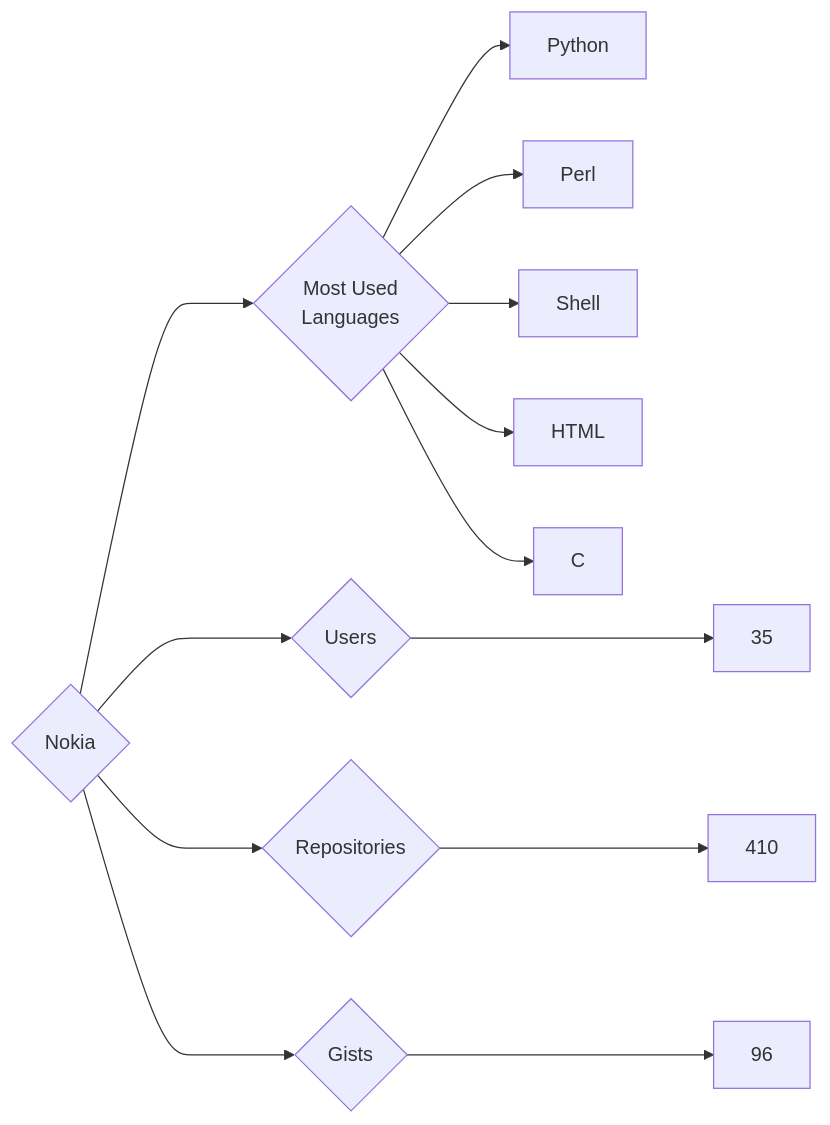
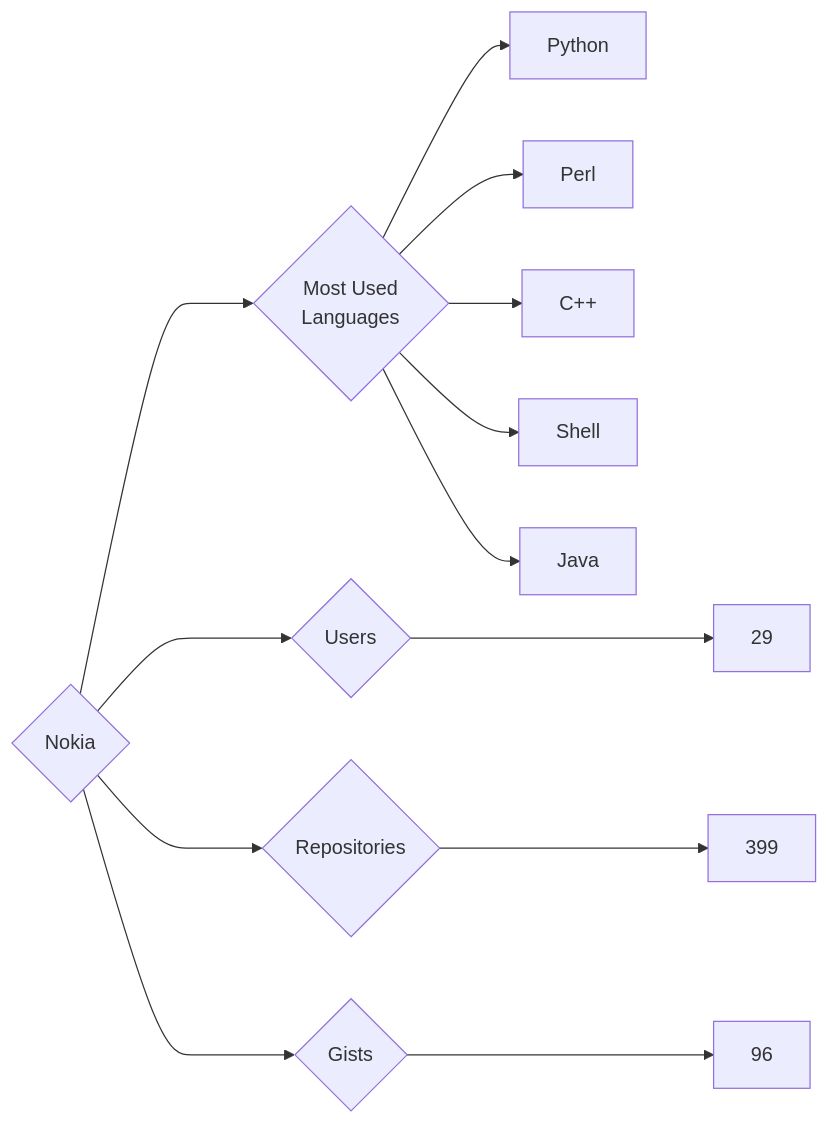
Before and after one commit to trickest/insiders: the diagram in targets/Nokia/README.md, drawn with Mermaid. The commit also changed 823 other files, not shown here.

````diff
--- a/targets/Nokia/README.md
+++ b/targets/Nokia/README.md
@@ -3,13 +3,13 @@
 ```mermaid
 graph LR
 COMPANY_NAME{Nokia}
-COMPANY_NAME ---> U{Users} ---> UN[35]
-COMPANY_NAME ---> R{Repositories} ---> RN[410]
+COMPANY_NAME ---> U{Users} ---> UN[29]
+COMPANY_NAME ---> R{Repositories} ---> RN[399]
 COMPANY_NAME ---> G{Gists} ---> GN[96]
 COMPANY_NAME ---> ML{Most Used<br>Languages}
 ML --> Python[Python]
 ML --> Perl[Perl]
+ML --> C++[C++]
 ML --> Shell[Shell]
-ML --> HTML[HTML]
-ML --> C[C]
+ML --> Java[Java]
 ```
````
